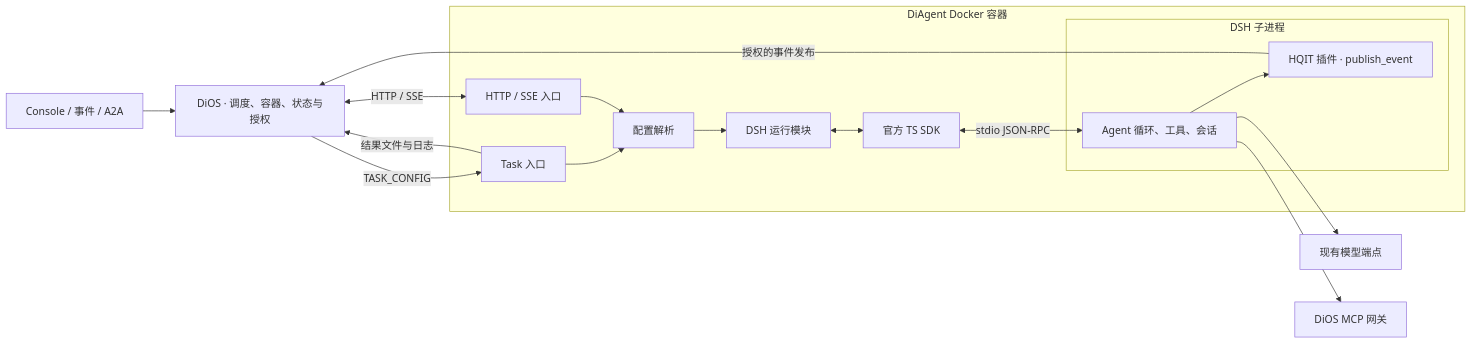
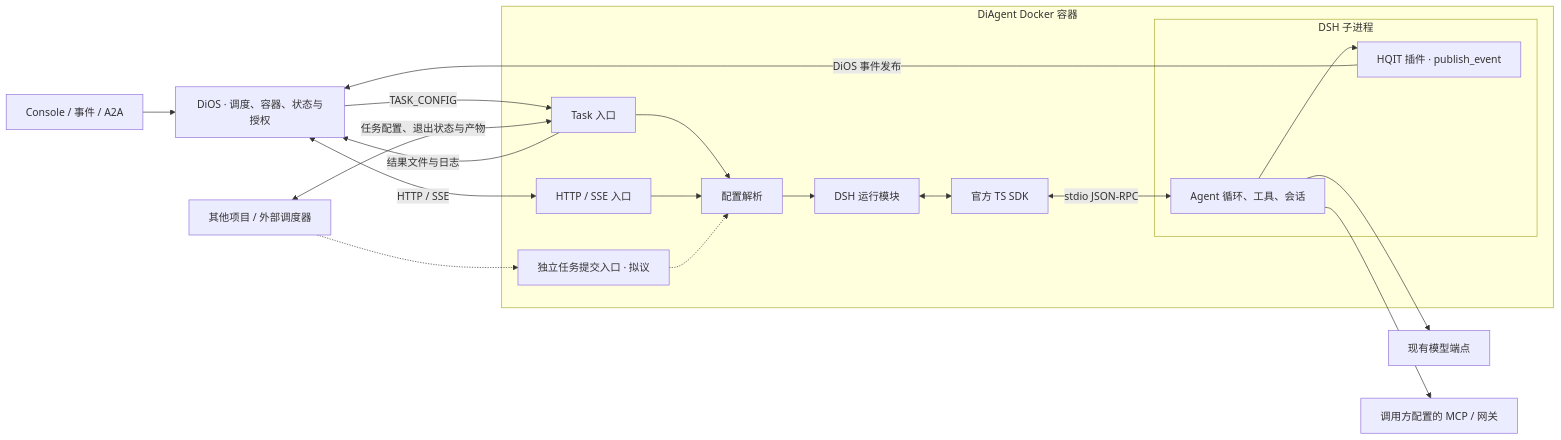
The first of 4 diagrams in docs/2026-11-diagent-dsh-architecture.md (HQIT/DiAgent), drawn with Mermaid before and after one commit. The commit also changed other lines of this file and 2 other files, not shown here.

Commit message:
docs(architecture): 明确独立调度与事件发布边界
明确外部调度器复用任务执行契约的方式，并记录独立任务提交入口和 DiOS 集成工具的配置需求。

````diff
--- a/docs/2026-11-diagent-dsh-architecture.md
+++ b/docs/2026-11-diagent-dsh-architecture.md
@@ -15,27 +17,32 @@
 ```mermaid
 flowchart LR
     U["Console / 事件 / A2A"] --> OS["DiOS · 调度、容器、状态与授权"]
+    EXT["其他项目 / 外部调度器"]
     subgraph BOX["DiAgent Docker 容器"]
         TASK["Task 入口"]
         HTTP["HTTP / SSE 入口"]
+        SUBMIT["独立任务提交入口 · 拟议"]
         CFG["配置解析"]
         RUN["DSH 运行模块"]
         SDK["官方 TS SDK"]
         subgraph CHILD["DSH 子进程"]
             CORE["Agent 循环、工具、会话"]
             PLUG["HQIT 插件 · publish_event"]
             CORE --> PLUG
         end
         TASK --> CFG
         HTTP --> CFG
+        SUBMIT -.-> CFG
         CFG --> RUN
         RUN <--> SDK
         SDK <-->|"stdio JSON-RPC"| CORE
     end
     OS -->|"TASK_CONFIG"| TASK
     OS <-->|"HTTP / SSE"| HTTP
     TASK -->|"结果文件与日志"| OS
+    EXT <-->|"任务配置、退出状态与产物"| TASK
+    EXT -.-> SUBMIT
     CORE --> MODEL["现有模型端点"]
-    CORE --> MCP["DiOS MCP 网关"]
-    PLUG -->|"授权的事件发布"| OS
+    CORE --> MCP["调用方配置的 MCP / 网关"]
+    PLUG -->|"DiOS 事件发布"| OS
 ```
````
